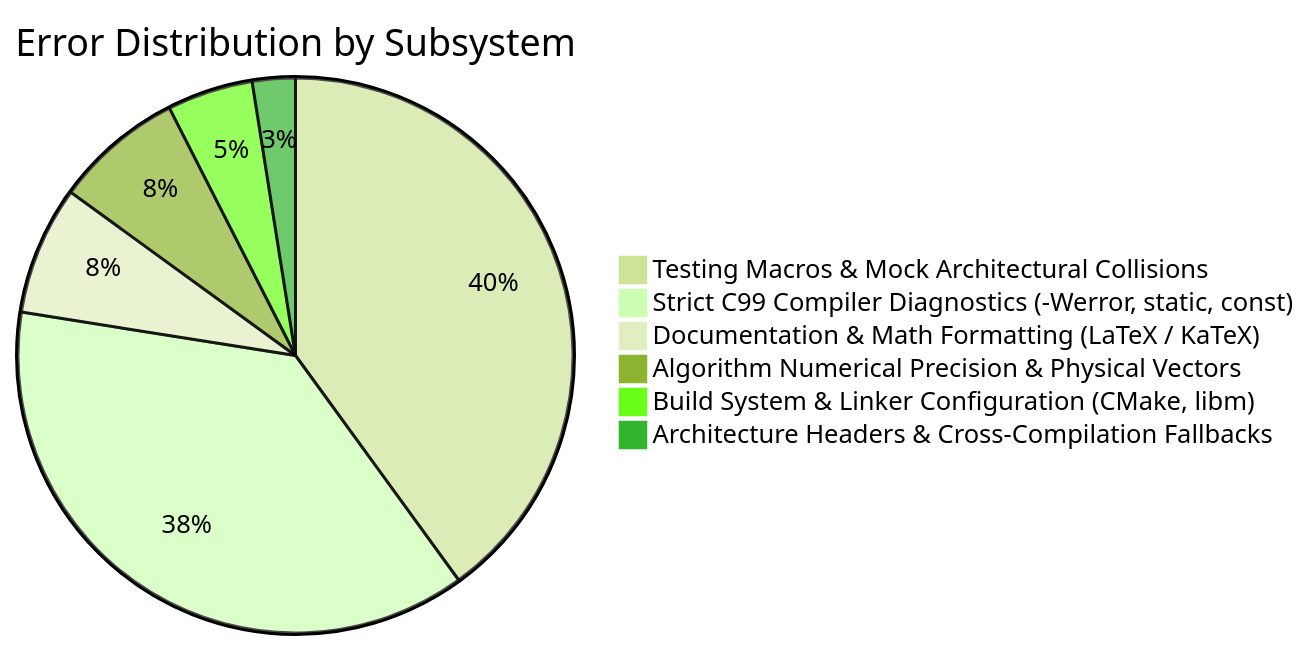
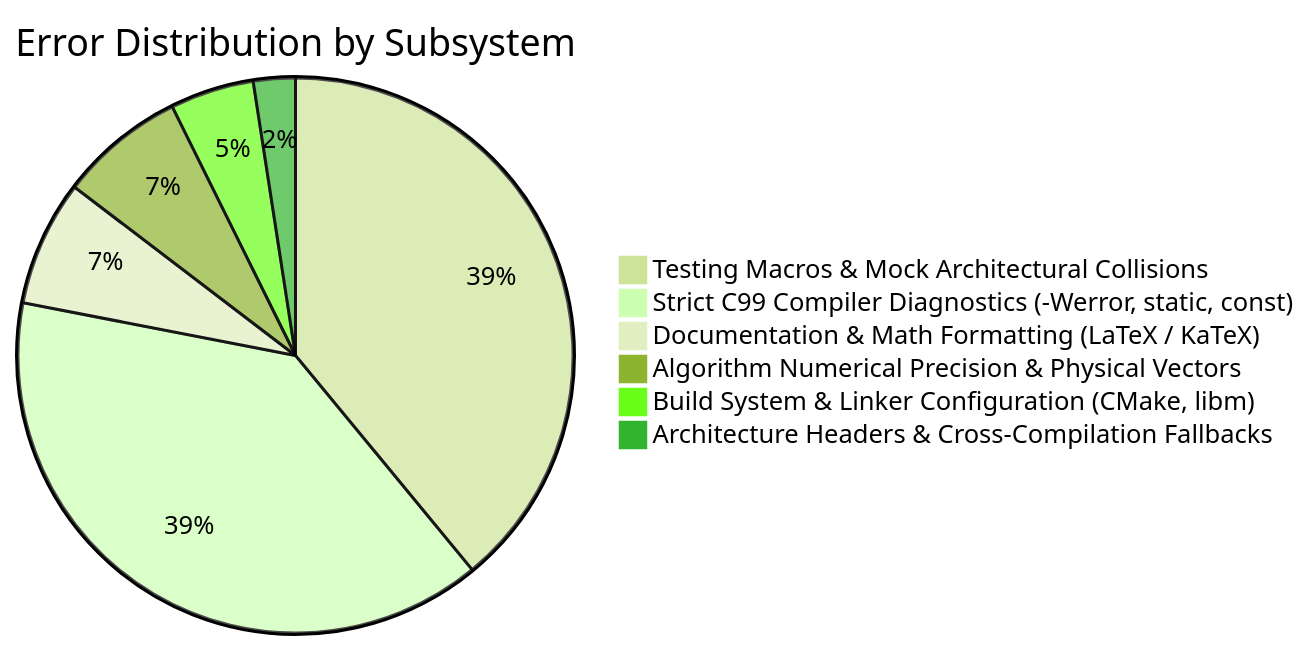
Before and after one commit to Thejus26/rain-predict: the diagram in context/errors/README.md, drawn with Mermaid (forest theme). The commit also changed other lines of this file and 2 other files, not shown here.

Commit message:
fix(alert): resolve ERR-041 missing static prototypes in test_alert_manager

````diff
--- a/context/errors/README.md
+++ b/context/errors/README.md
@@ -56,9 +57,9 @@
 ```mermaid
 pie title Error Distribution by Subsystem
     "Testing Macros & Mock Architectural Collisions" : 16
-    "Strict C99 Compiler Diagnostics (-Werror, static, const)" : 15
+    "Strict C99 Compiler Diagnostics (-Werror, static, const)" : 16
     "Documentation & Math Formatting (LaTeX / KaTeX)" : 3
     "Algorithm Numerical Precision & Physical Vectors" : 3
     "Build System & Linker Configuration (CMake, libm)" : 2
     "Architecture Headers & Cross-Compilation Fallbacks" : 1
 ```
````
